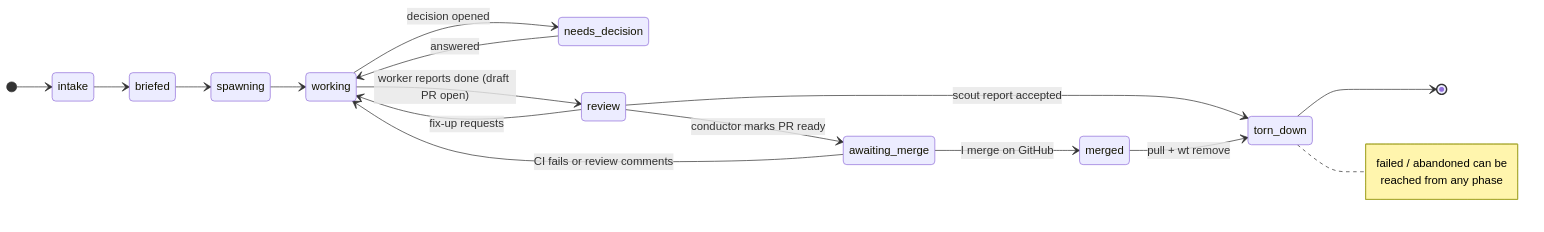
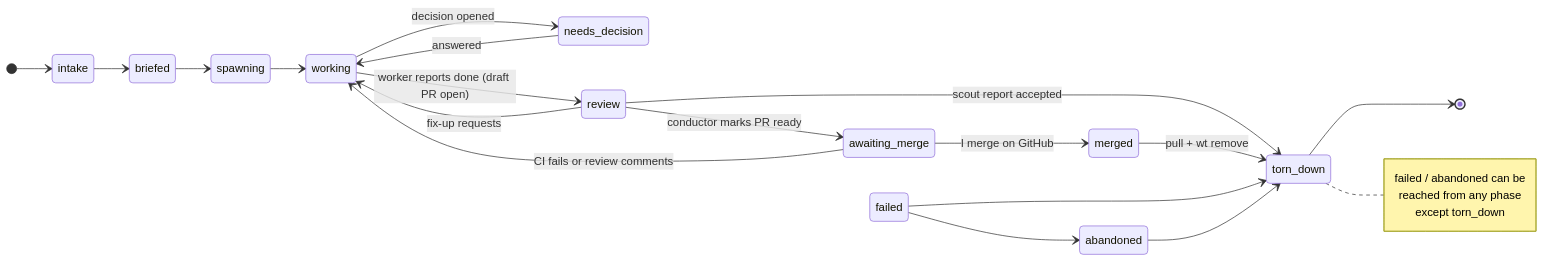
One commit to erd/conductor changed the second of 2 diagrams in docs/design.md. Above: the diagram before and after it, drawn with Mermaid. The commit also changed other lines of this file and 15 other files, not shown here.

Commit message:
feat: Define conductor-state types and JSON schema (#17)

````diff
--- a/docs/design.md
+++ b/docs/design.md
@@ -179,23 +188,27 @@
 ```mermaid
 stateDiagram-v2
     direction LR
     [*] --> intake
     intake --> briefed
     briefed --> spawning
     spawning --> working
     working --> needs_decision: decision opened
     needs_decision --> working: answered
     working --> review: worker reports done (draft PR open)
     review --> working: fix-up requests
     review --> awaiting_merge: conductor marks PR ready
     awaiting_merge --> working: CI fails or review comments
     awaiting_merge --> merged: I merge on GitHub
     review --> torn_down: scout report accepted
     merged --> torn_down: pull + wt remove
+    failed --> abandoned
+    failed --> torn_down
+    abandoned --> torn_down
     torn_down --> [*]
 
     note right of torn_down
         failed / abandoned can be
         reached from any phase
+        except torn_down
     end note
 ```
````
